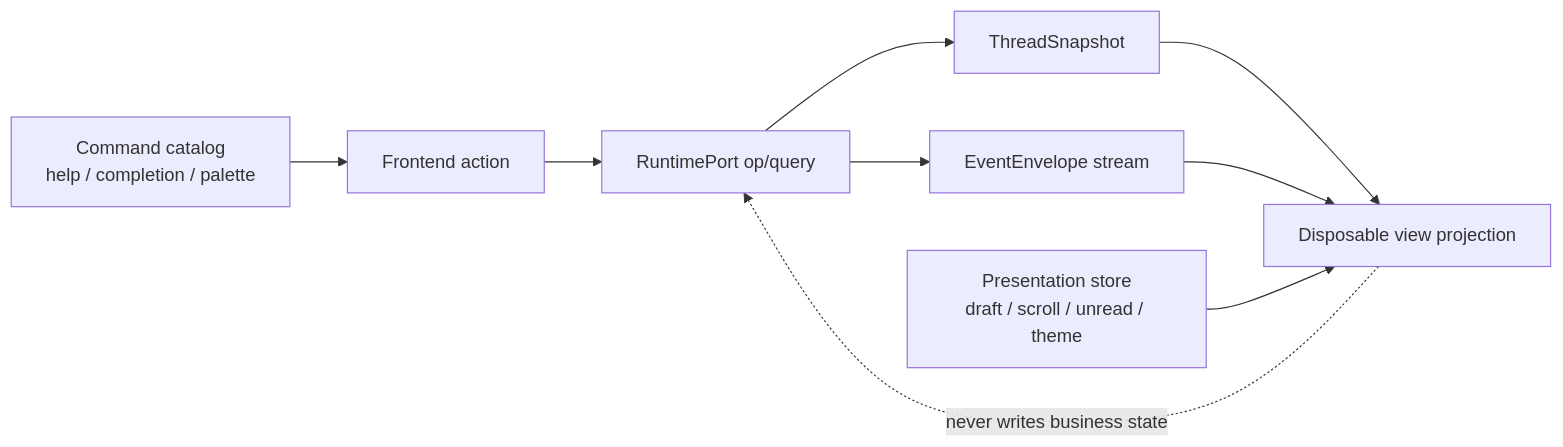
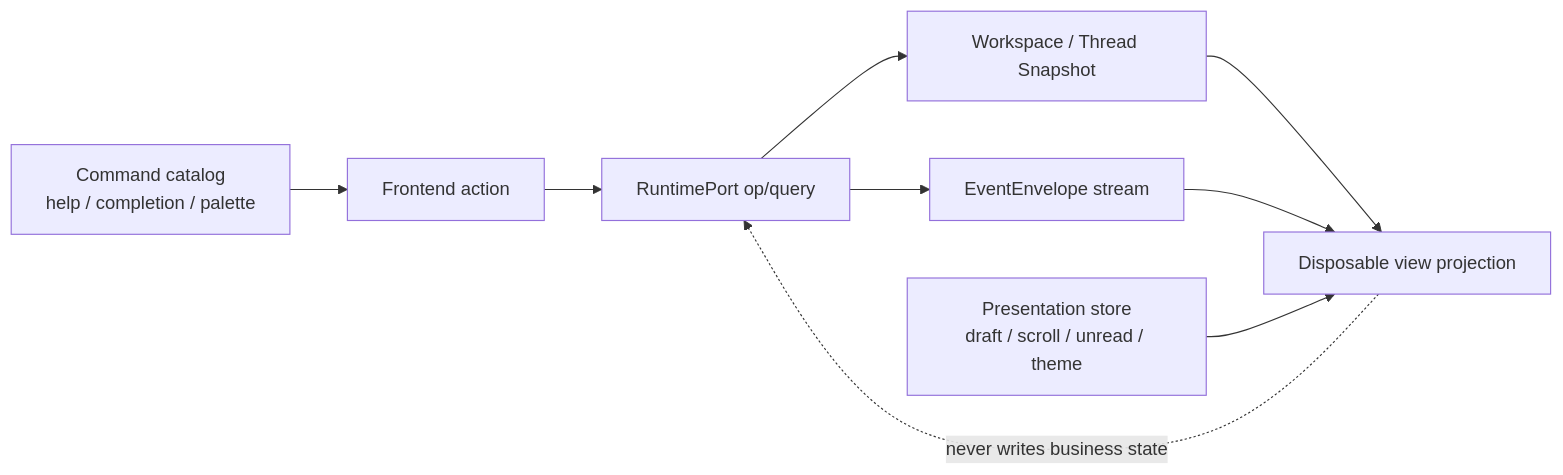
The diagram in docs/13-cli-ux.md (rita152/coda), drawn with Mermaid before and after one commit. The commit also changed other lines of this file and 30 other files, not shown here.

````diff
--- a/docs/13-cli-ux.md
+++ b/docs/13-cli-ux.md
@@ -32,11 +33,11 @@
 ```mermaid
 flowchart LR
   C["Command catalog\nhelp / completion / palette"] --> A["Frontend action"]
   A --> R["RuntimePort op/query"]
-  R --> S["ThreadSnapshot"]
+  R --> S["Workspace / Thread Snapshot"]
   R --> E["EventEnvelope stream"]
   S --> V["Disposable view projection"]
   E --> V
   P["Presentation store\ndraft / scroll / unread / theme"] --> V
   V -. "never writes business state" .-> R
 ```
````
